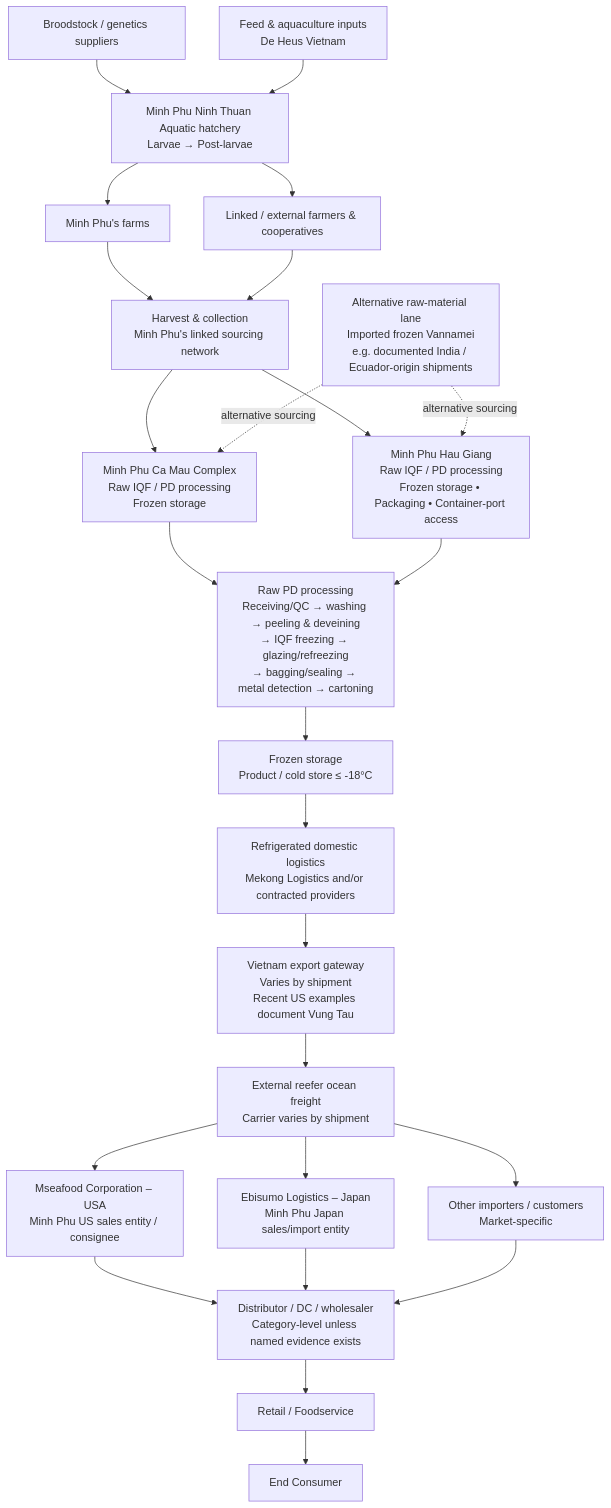
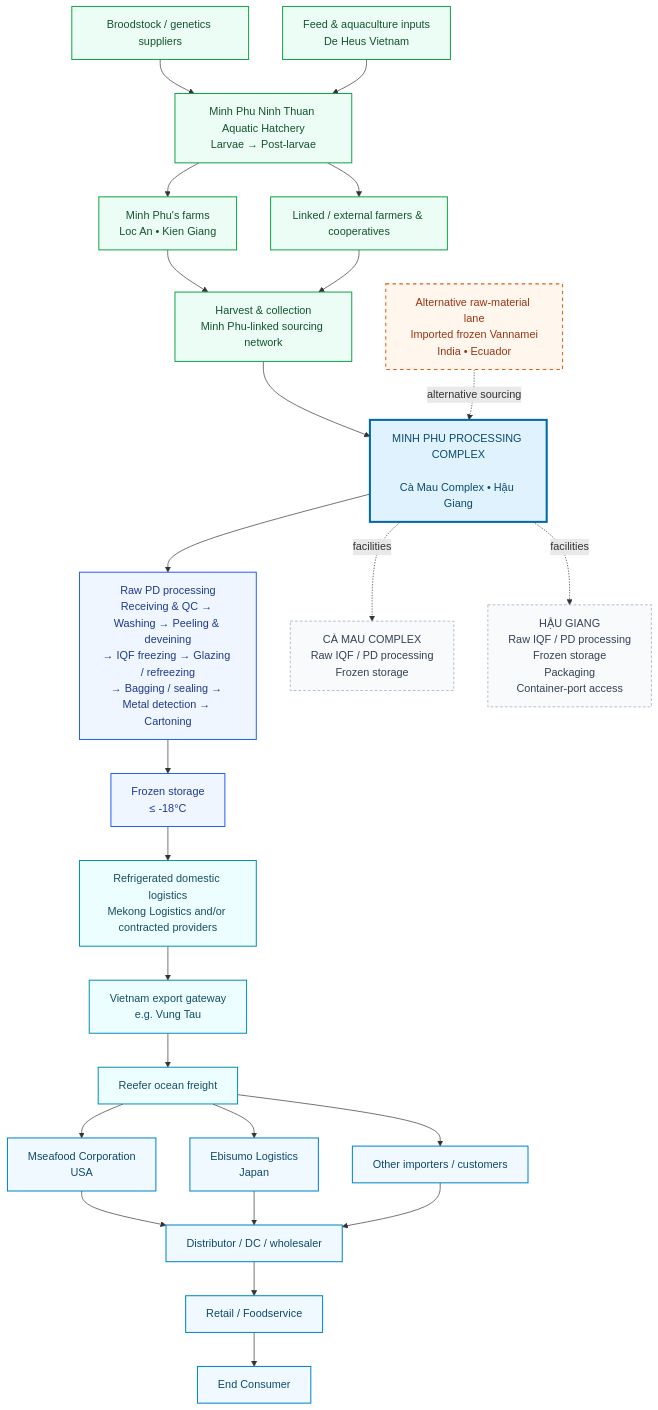
The diagram in minh_phu_supply_chain_master_clean_v2.md (khoahcmiu/khoa), drawn with Mermaid before and after one commit.

````diff
--- a/minh_phu_supply_chain_master_clean_v2.md
+++ b/minh_phu_supply_chain_master_clean_v2.md
@@ -24,58 +24,96 @@
 ```mermaid
 flowchart TD
+
+    %% =========================
+    %% UPSTREAM INPUTS
+    %% =========================
 
     A["Broodstock / genetics suppliers"]
     B["Feed & aquaculture inputs<br/>De Heus Vietnam"]
 
-    C["Minh Phu Ninh Thuan Aquatic hatchery<br/>Larvae → Post-larvae"]
+    C["Minh Phu Ninh Thuan Aquatic Hatchery<br/>Larvae → Post-larvae"]
 
-    D1["Minh Phu's farms"]
+    D1["Minh Phu's farms<br/>Loc An • Kien Giang"]
     D2["Linked / external farmers & cooperatives"]
 
-    E["Harvest & collection<br/>Minh Phu's linked sourcing network"]
+    E["Harvest & collection<br/>Minh Phu-linked sourcing network"]
 
-    F1["Minh Phu Ca Mau Complex<br/>Raw IQF / PD processing<br/>Frozen storage"]
-    F2["Minh Phu Hau Giang<br/>Raw IQF / PD processing<br/>Frozen storage • Packaging • Container-port access"]
 
-    G["Raw PD processing<br/>Receiving/QC → washing → peeling & deveining<br/>→ IQF freezing → glazing/refreezing<br/>→ bagging/sealing → metal detection → cartoning"]
+    %% =========================
+    %% PROCESSING COMPLEX
+    %% =========================
 
-    H["Frozen storage<br/>Product / cold store ≤ -18°C"]
+    F["MINH PHU PROCESSING COMPLEX<br/><br/>Cà Mau Complex • Hậu Giang"]
+
+    G["Raw PD processing<br/>Receiving & QC → Washing → Peeling & deveining<br/>→ IQF freezing → Glazing / refreezing<br/>→ Bagging / sealing → Metal detection → Cartoning"]
+
+    H["Frozen storage<br/>≤ -18°C"]
+
+
+    %% =========================
+    %% LOGISTICS
+    %% =========================
 
     I["Refrigerated domestic logistics<br/>Mekong Logistics and/or contracted providers"]
 
-    J["Vietnam export gateway<br/>Varies by shipment<br/>Recent US examples document Vung Tau"]
+    J["Vietnam export gateway<br/>e.g. Vung Tau"]
 
-    K["External reefer ocean freight<br/>Carrier varies by shipment"]
+    K["Reefer ocean freight"]
 
-    L1["Mseafood Corporation – USA<br/>Minh Phu US sales entity / consignee"]
-    L2["Ebisumo Logistics – Japan<br/>Minh Phu Japan sales/import entity"]
-    L3["Other importers / customers<br/>Market-specific"]
 
-    M["Distributor / DC / wholesaler<br/>Category-level unless named evidence exists"]
+    %% =========================
+    %% DOWNSTREAM
+    %% =========================
+
+    L1["Mseafood Corporation<br/>USA"]
+
+    L2["Ebisumo Logistics<br/>Japan"]
+
+    L3["Other importers / customers"]
+
+    M["Distributor / DC / wholesaler"]
+
     N["Retail / Foodservice"]
+
     O["End Consumer"]
 
-    X["Alternative raw-material lane<br/>Imported frozen Vannamei<br/>e.g. documented India / Ecuador-origin shipments"]
+
+    %% =========================
+    %% ALTERNATIVE SOURCING
+    %% =========================
+
+    X["Alternative raw-material lane<br/>Imported frozen Vannamei<br/>India • Ecuador"]
+
+
+    %% =========================
+    %% PROCESSING COMPLEX NOTES
+    %% =========================
+
+    P1["CÀ MAU COMPLEX<br/>Raw IQF / PD processing<br/>Frozen storage"]
+
+    P2["HẬU GIANG<br/>Raw IQF / PD processing<br/>Frozen storage<br/>Packaging<br/>Container-port access"]
+
+
+    %% =========================
+    %% MAIN PHYSICAL FLOW
+    %% =========================
 
     A --> C
     B --> C
+
     C --> D1
     C --> D2
 
     D1 --> E
     D2 --> E
 
+    E --> F
 
-    E --> F1
-    E --> F2
+    X -. alternative sourcing .-> F
 
-    X -. alternative sourcing .-> F1
-    X -. alternative sourcing .-> F2
+    F --> G
+    G --> H
 
-    F1 --> G
-    F2 --> G
-
-    G --> H
     H --> I
     I --> J
     J --> K
@@ -90,4 +128,33 @@
 
     M --> N
     N --> O
+
+
+    %% =========================
+    %% INFORMATION / NOTES
+    %% =========================
+
+    F -. facilities .-> P1
+    F -. facilities .-> P2
+
+
+    %% =========================
+    %% STYLE
+    %% =========================
+
+    classDef upstream fill:#ECFDF5,stroke:#16A34A,stroke-width:1.5px,color:#14532D;
+    classDef focal fill:#E0F2FE,stroke:#0369A1,stroke-width:3px,color:#0C4A6E;
+    classDef process fill:#EFF6FF,stroke:#2563EB,stroke-width:1.5px,color:#1E3A8A;
+    classDef logistics fill:#ECFEFF,stroke:#0891B2,stroke-width:1.5px,color:#164E63;
+    classDef downstream fill:#F0F9FF,stroke:#0284C7,stroke-width:1.5px,color:#0C4A6E;
+    classDef note fill:#F8FAFC,stroke:#94A3B8,stroke-width:1px,stroke-dasharray:4 3,color:#334155;
+    classDef alternative fill:#FFF7ED,stroke:#EA580C,stroke-width:1.5px,stroke-dasharray:5 5,color:#9A3412;
+
+    class A,B,C,D1,D2,E upstream;
+    class F focal;
+    class G,H process;
+    class I,J,K logistics;
+    class L1,L2,L3,M,N,O downstream;
+    class P1,P2 note;
+    class X alternative;
 ```
````
